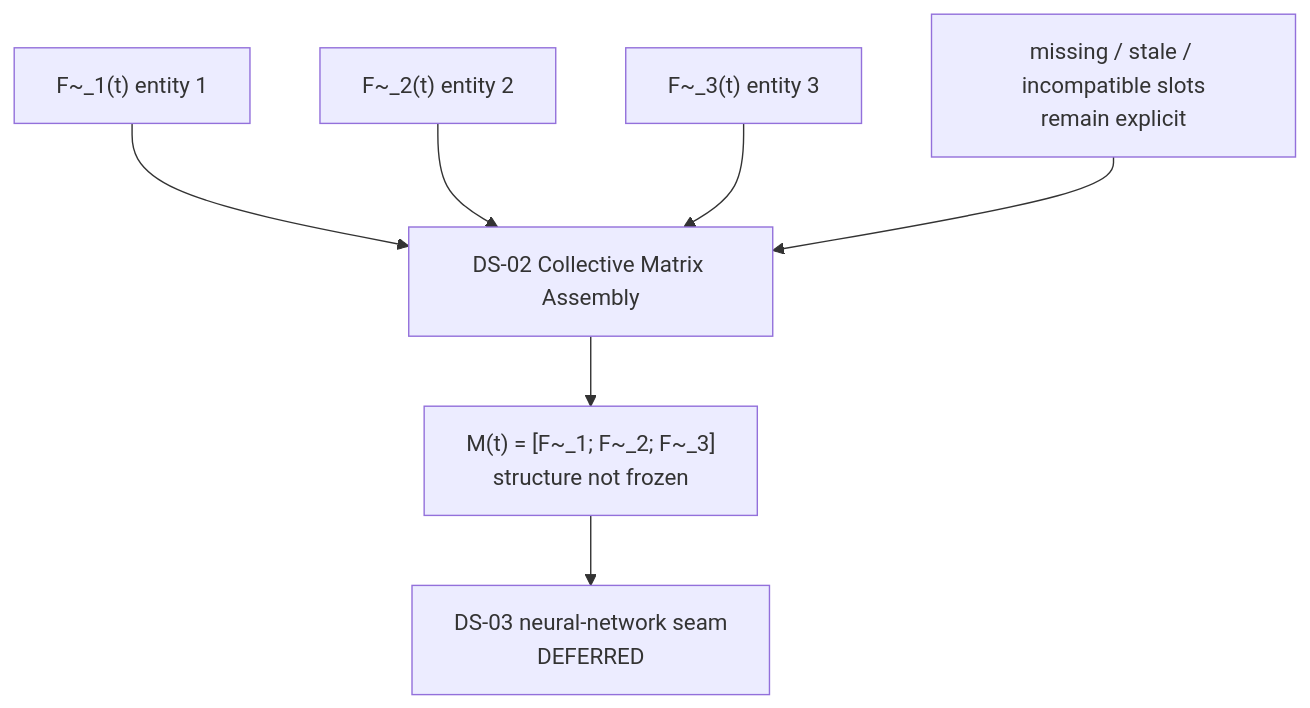
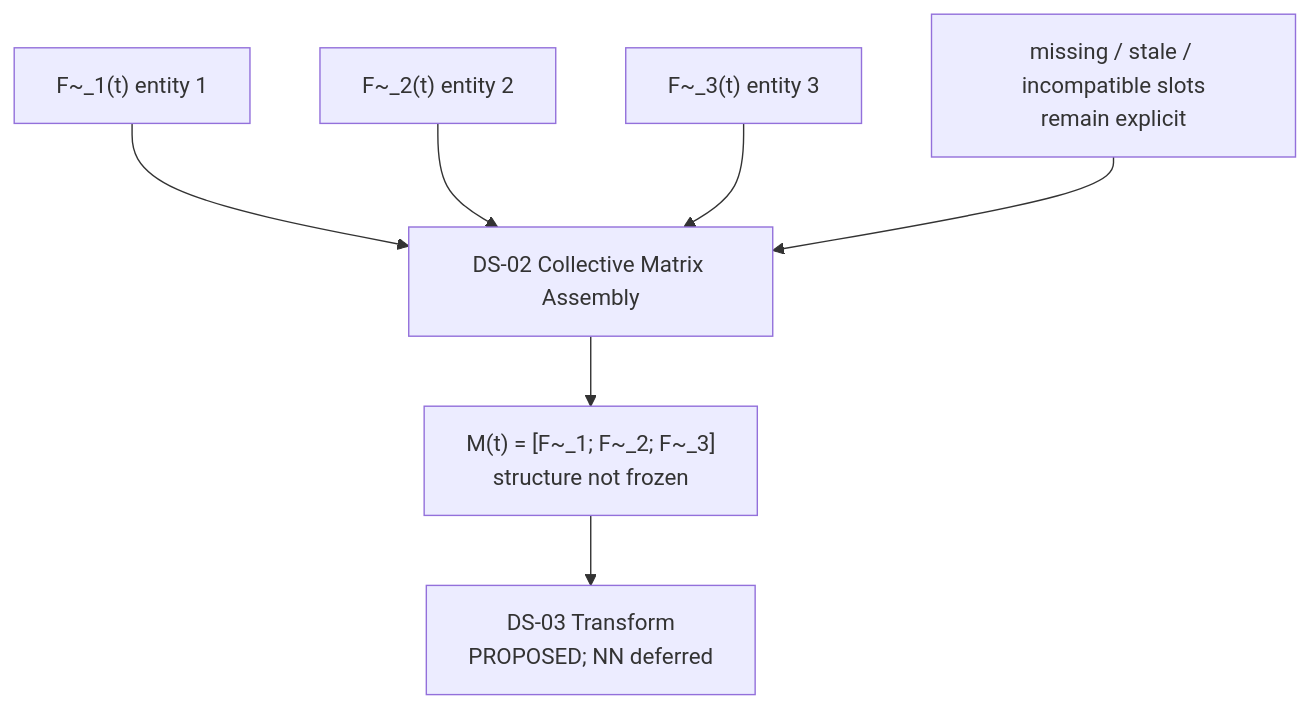
The sixth of 8 diagrams in docs/design/HACCAM_PROCESS_MODEL_V0_1_090726.md (srao977/HACCAM), drawn with Mermaid before and after one commit. The commit also changed other lines of this file, not shown here.

````diff
--- a/docs/design/HACCAM_PROCESS_MODEL_V0_1_090726.md
+++ b/docs/design/HACCAM_PROCESS_MODEL_V0_1_090726.md
@@ -1260,9 +1657,9 @@
 ```mermaid
 flowchart TD
     M1["F~_1(t) entity 1"] --> ASS["DS-02 Collective Matrix Assembly"]
     M2["F~_2(t) entity 2"] --> ASS
     M3["F~_3(t) entity 3"] --> ASS
     ASS --> MT["M(t) = [F~_1; F~_2; F~_3]<br/>structure not frozen"]
     GAP["missing / stale / incompatible slots<br/>remain explicit"] --> ASS
-    MT --> NN["DS-03 neural-network seam<br/>DEFERRED"]
+    MT --> DS03["DS-03 Transform<br/>PROPOSED; NN deferred"]
 ```
````
